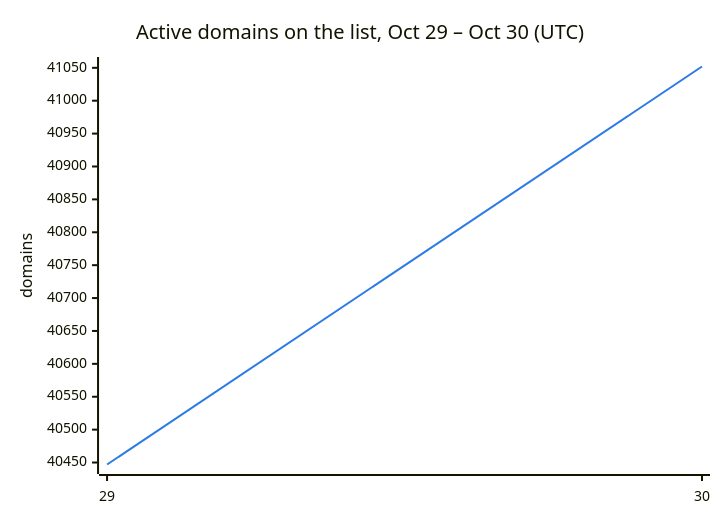
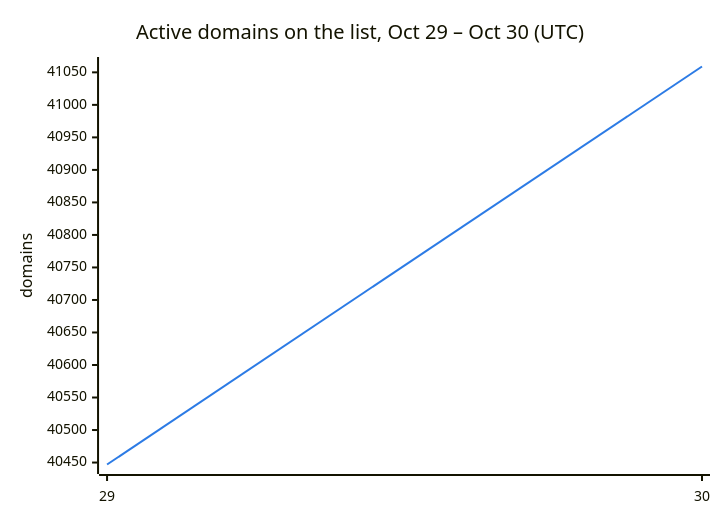
Before and after one commit to DNSBunker/CTI: the second of 3 diagrams in README.md, drawn with Mermaid. The commit also changed other lines of this file and 3 other files, not shown here.

````diff
--- a/README.md
+++ b/README.md
@@ -38,8 +38,8 @@
 ```mermaid
 %%{init: {"themeVariables": {"xyChart": {"plotColorPalette": "#2c7be5"}}}}%%
 xychart-beta
     title "Active domains on the list, Oct 29 – Oct 30 (UTC)"
     x-axis ["29", "30"]
     y-axis "domains"
-    line [40447, 41052]
+    line [40447, 41059]
 ```
````
